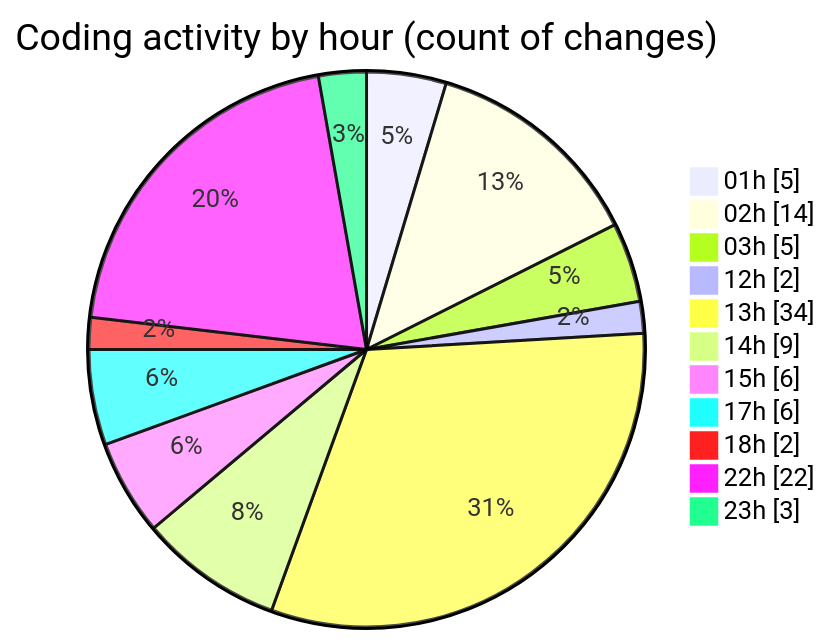
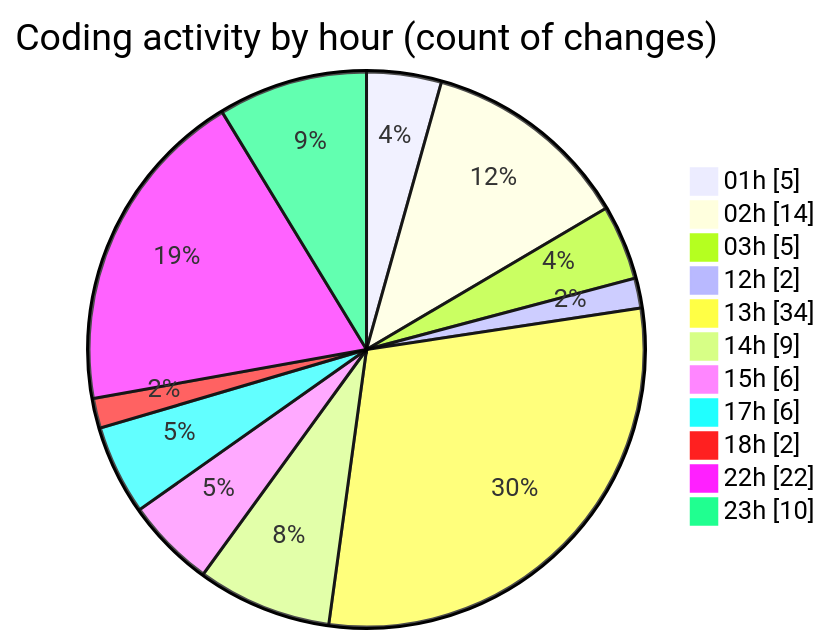
Before and after one commit to julien-gomy/code-tracking: the second of 2 diagrams in 2025-10-23/eventscop-frontend-guide__workspace_/README.md, drawn with Mermaid. The commit also changed other lines of this file and 1 other file, not shown here.

````diff
--- a/2025-10-23/eventscop-frontend-guide__workspace_/README.md
+++ b/2025-10-23/eventscop-frontend-guide__workspace_/README.md
@@ -51,15 +51,15 @@
 ```mermaid
 pie showData
 title Coding activity by hour (count of changes)
 "01h" : 5
 "02h" : 14
 "03h" : 5
 "12h" : 2
 "13h" : 34
 "14h" : 9
 "15h" : 6
 "17h" : 6
 "18h" : 2
 "22h" : 22
-"23h" : 3
+"23h" : 10
 ```
````
